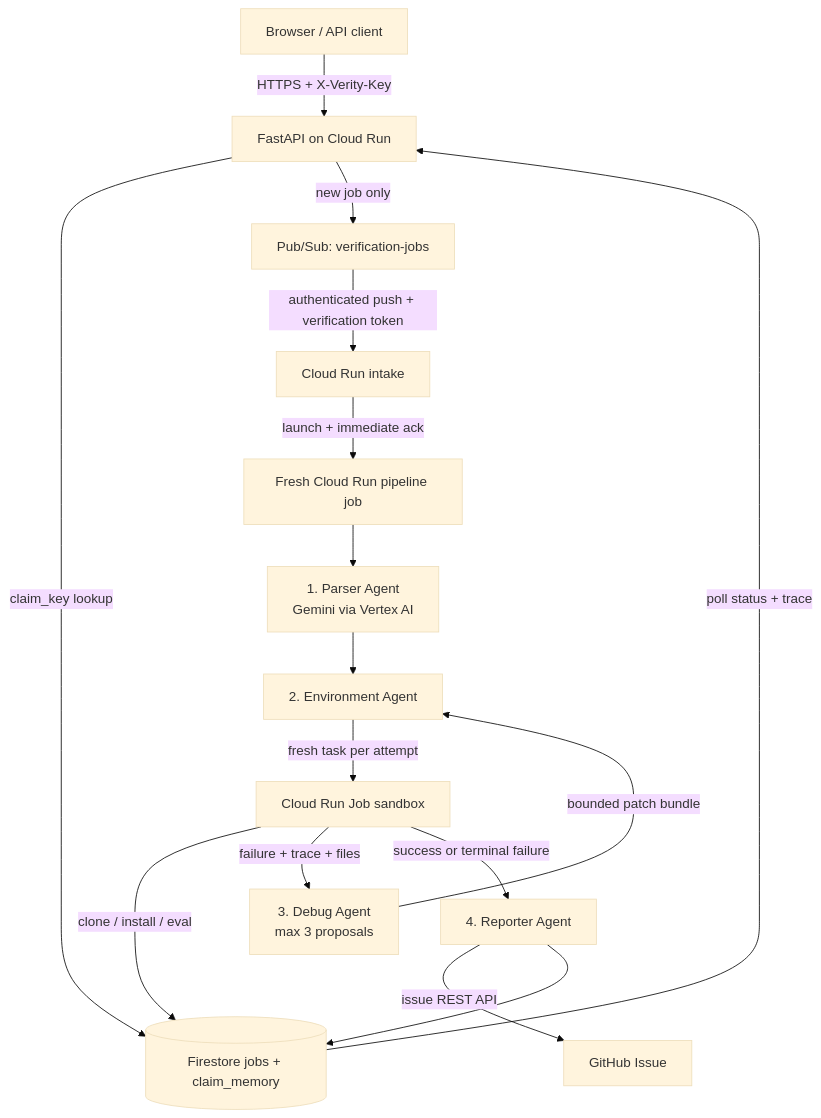
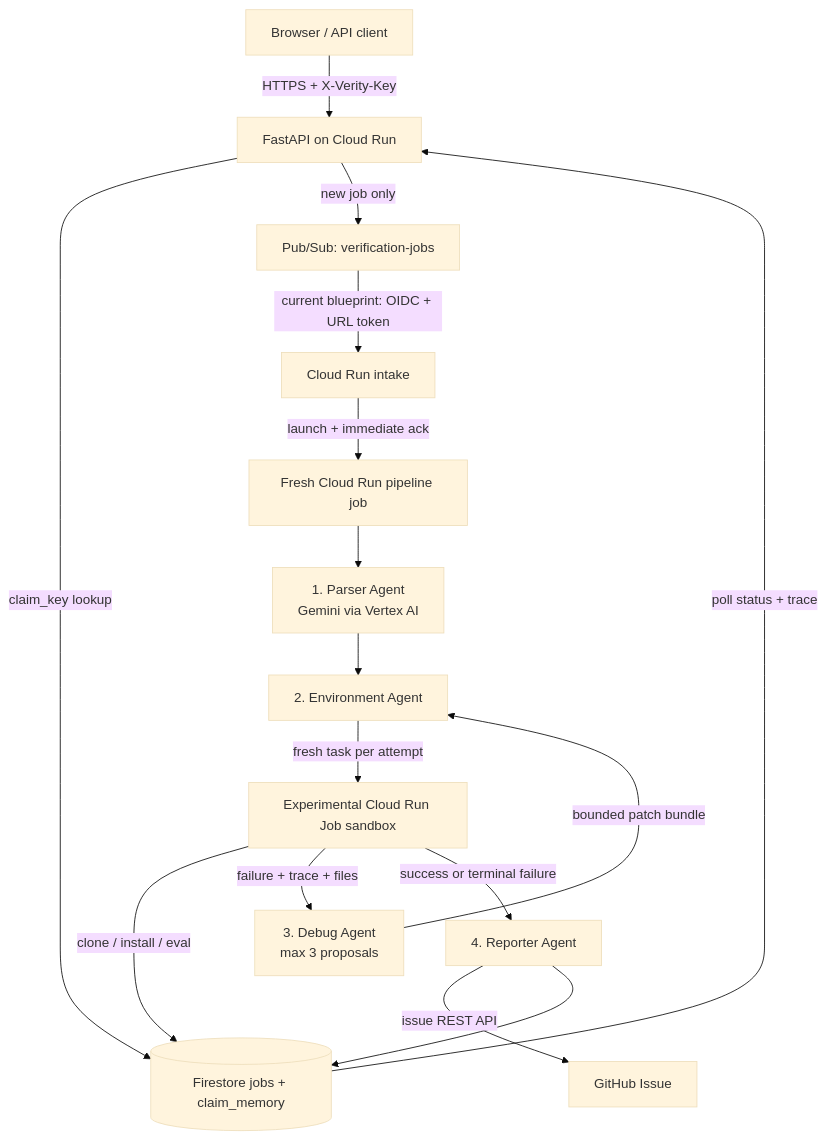
One commit to ZiyadAzzaz/verity changed the second of 2 diagrams in docs/architecture.md. Above: the diagram before and after it, drawn with Mermaid (base theme). The commit also changed other lines of this file and 56 other files, not shown here.

````diff
--- a/docs/architecture.md
+++ b/docs/architecture.md
@@ -40,18 +42,18 @@
 ```mermaid
 flowchart TD
     U[Browser / API client] -->|HTTPS + X-Verity-Key| A[FastAPI on Cloud Run]
     A -->|claim_key lookup| F[(Firestore jobs + claim_memory)]
     A -->|new job only| P[Pub/Sub: verification-jobs]
-    P -->|authenticated push + verification token| W[Cloud Run intake]
+    P -->|current blueprint: OIDC + URL token| W[Cloud Run intake]
     W -->|launch + immediate ack| PJ[Fresh Cloud Run pipeline job]
     PJ --> PA[1. Parser Agent<br/>Gemini via Vertex AI]
     PA --> EA[2. Environment Agent]
-    EA -->|fresh task per attempt| J[Cloud Run Job sandbox]
+    EA -->|fresh task per attempt| J[Experimental Cloud Run Job sandbox]
     J -->|clone / install / eval| F
     J -->|failure + trace + files| DA[3. Debug Agent<br/>max 3 proposals]
     DA -->|bounded patch bundle| EA
     J -->|success or terminal failure| RA[4. Reporter Agent]
     RA -->|issue REST API| G[GitHub Issue]
     RA --> F
     F -->|poll status + trace| A
 ```
````
